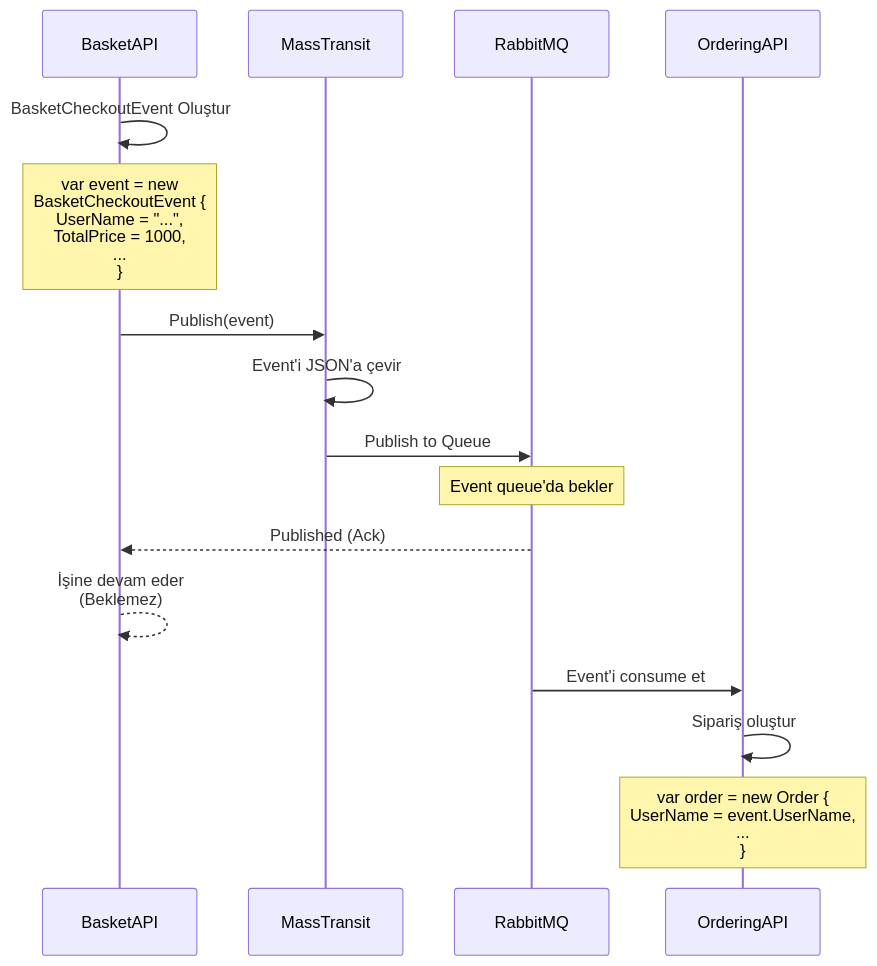
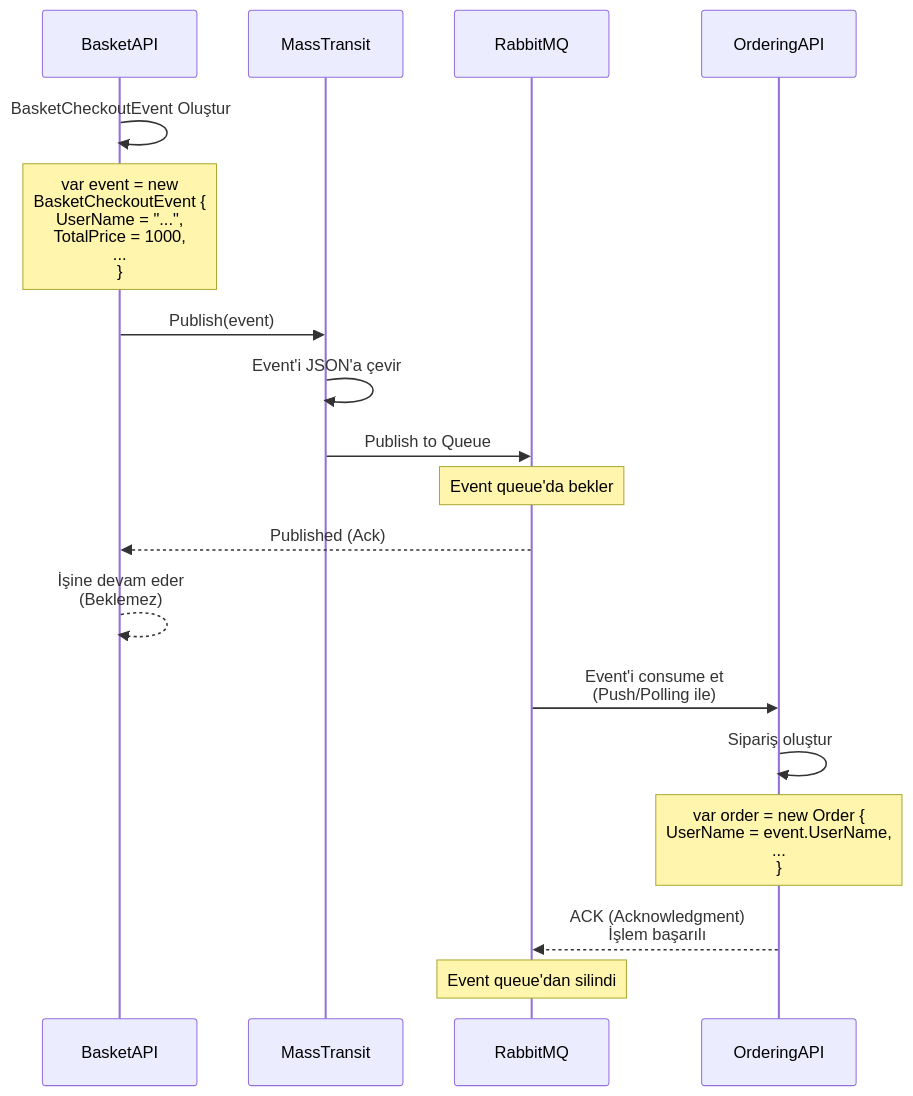
Before and after one commit to kamillsen/microservice-eshop-me: the third of 4 diagrams in docs/architecture/eSho-AspController-Arc/documentation/done/faz-2-done/flow/faz-2-buildingblocks-flow.md, drawn with Mermaid. The commit also changed other lines of this file, not shown here.

Commit message:
- faz-2-buildinblocks-flow.md de güncelleme

````diff
--- a/docs/architecture/eSho-AspController-Arc/documentation/done/faz-2-done/flow/faz-2-buildingblocks-flow.md
+++ b/docs/architecture/eSho-AspController-Arc/documentation/done/faz-2-done/flow/faz-2-buildingblocks-flow.md
@@ -498,22 +718,24 @@
 ```mermaid
 sequenceDiagram
     participant BasketAPI
     participant MassTransit
     participant RabbitMQ
     participant OrderingAPI
 
     BasketAPI->>BasketAPI: BasketCheckoutEvent Oluştur
     Note over BasketAPI: var event = new<br/>BasketCheckoutEvent {<br/>  UserName = "...",<br/>  TotalPrice = 1000,<br/>  ...<br/>}
     
     BasketAPI->>MassTransit: Publish(event)
     MassTransit->>MassTransit: Event'i JSON'a çevir
     MassTransit->>RabbitMQ: Publish to Queue
     Note over RabbitMQ: Event queue'da bekler
     
     RabbitMQ-->>BasketAPI: Published (Ack)
     BasketAPI-->>BasketAPI: İşine devam eder<br/>(Beklemez)
     
-    RabbitMQ->>OrderingAPI: Event'i consume et
+    RabbitMQ->>OrderingAPI: Event'i consume et<br/>(Push/Polling ile)
     OrderingAPI->>OrderingAPI: Sipariş oluştur
     Note over OrderingAPI: var order = new Order {<br/>  UserName = event.UserName,<br/>  ...<br/>}
+    OrderingAPI-->>RabbitMQ: ACK (Acknowledgment)<br/>İşlem başarılı
+    Note over RabbitMQ: Event queue'dan silindi
 ```
````
